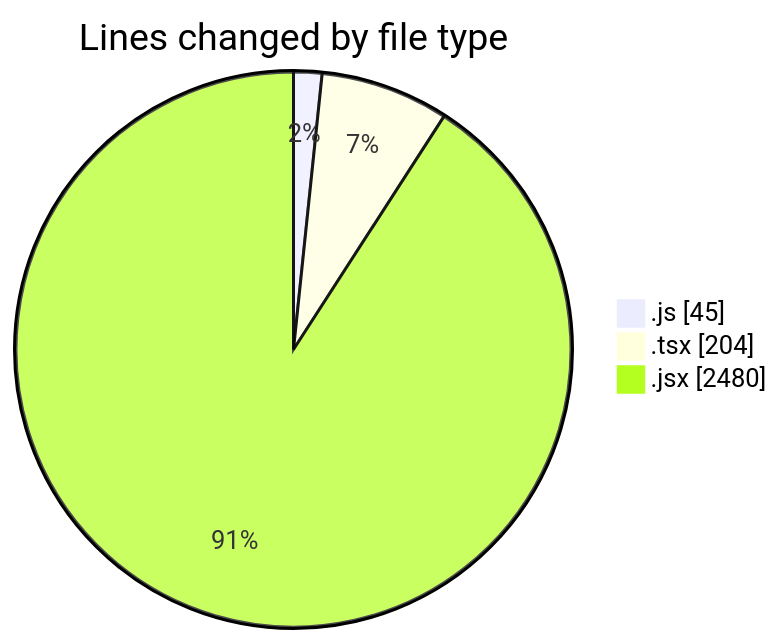
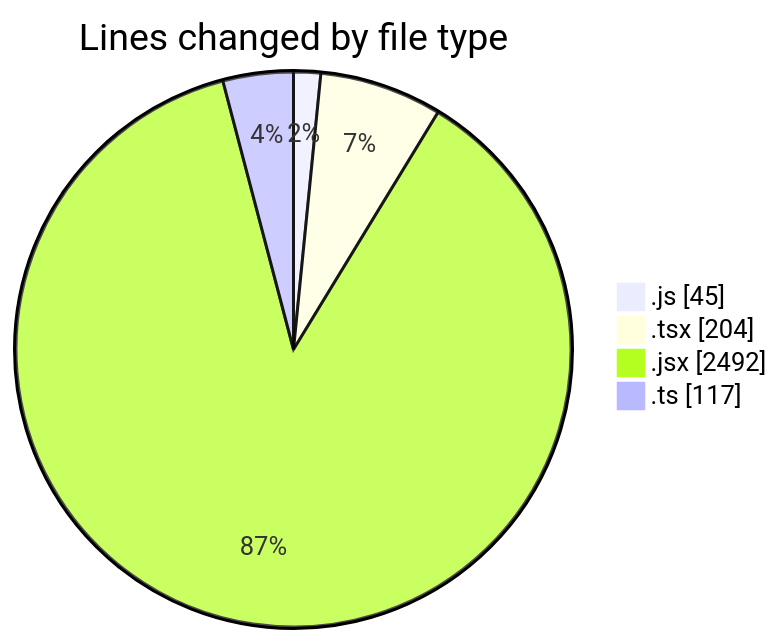
Before and after one commit to nxtqubesakshisongat/code-tracking: the first of 2 diagrams in 2026-01-09/nxtqube_webapp/README.md, drawn with Mermaid. The commit also changed other lines of this file and 1 other file, not shown here.

````diff
--- a/2026-01-09/nxtqube_webapp/README.md
+++ b/2026-01-09/nxtqube_webapp/README.md
@@ -24,7 +25,8 @@
 ```mermaid
 pie showData
 title Lines changed by file type
 ".js" : 45
 ".tsx" : 204
-".jsx" : 2480
+".jsx" : 2492
+".ts" : 117
 ```
````
